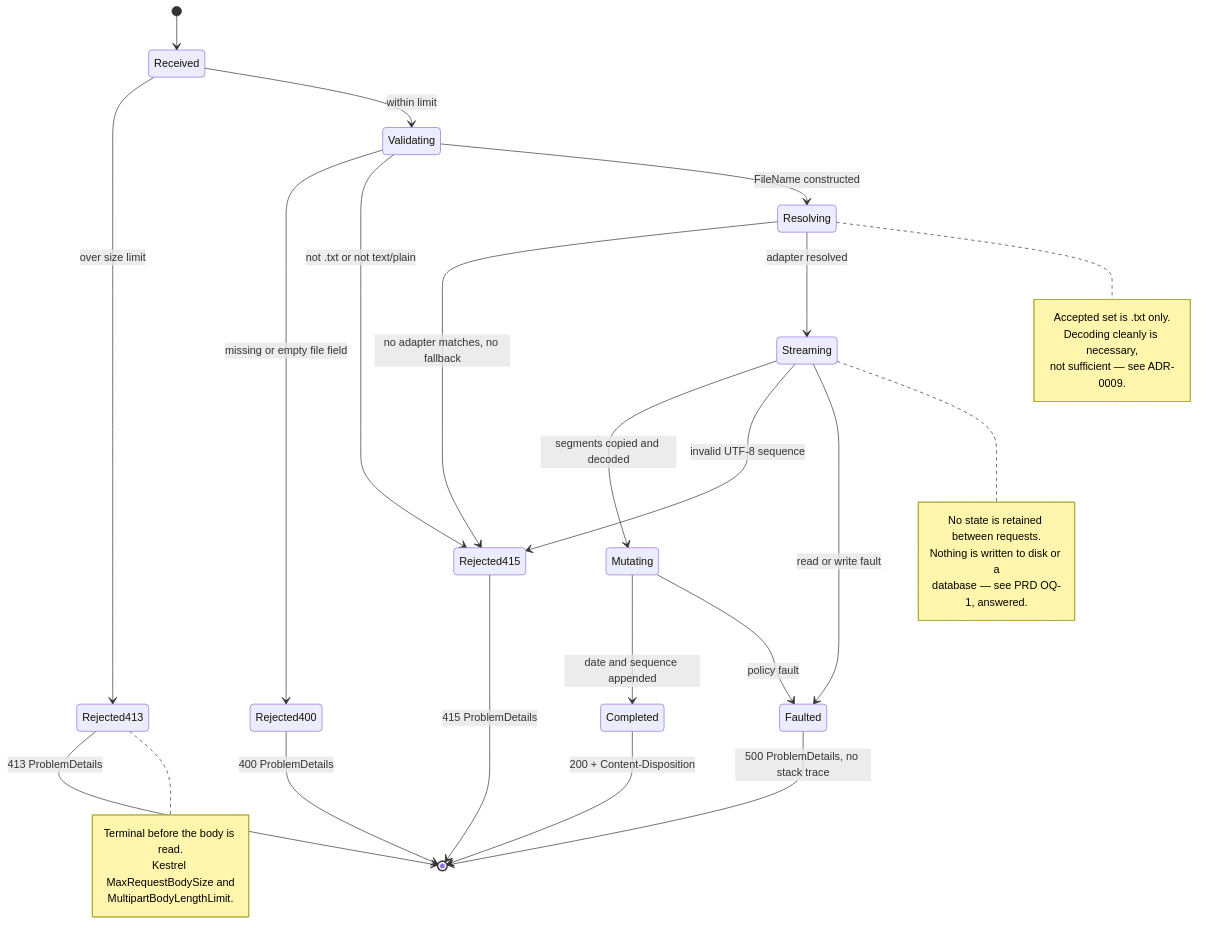
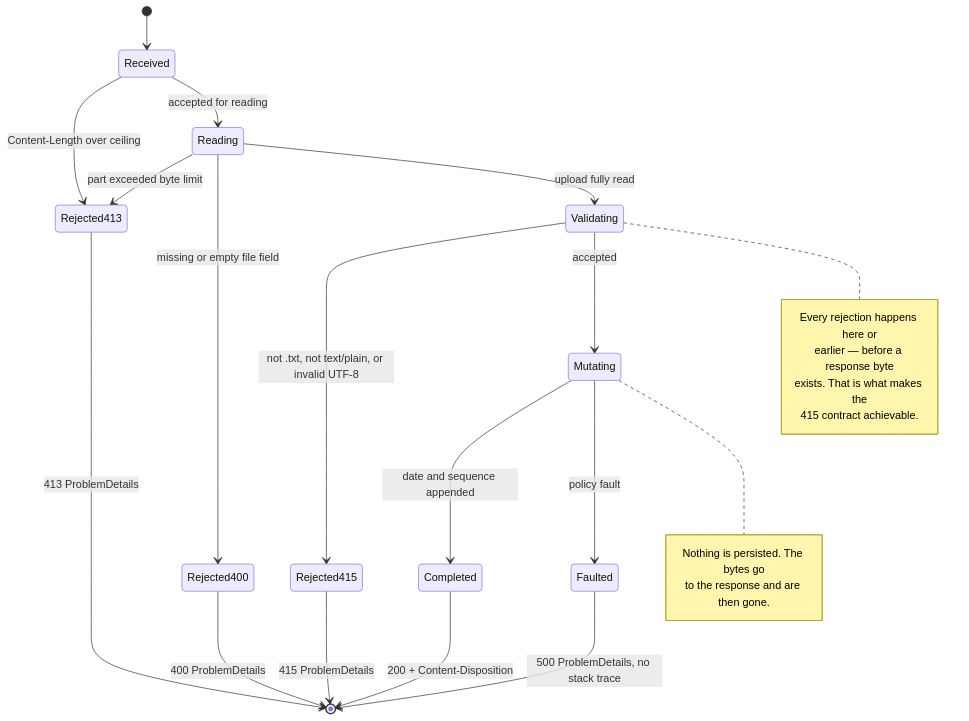
Before and after one commit to fabiantax/zero-allocation-fileupload: the third of 3 diagrams in docs/architecture.md, drawn with Mermaid. The commit also changed other lines of this file and 8 other files, not shown here.

````diff
--- a/docs/architecture.md
+++ b/docs/architecture.md
@@ -178,44 +143,35 @@
 ```mermaid
 stateDiagram-v2
     [*] --> Received
 
-    Received --> Rejected413: over size limit
-    Received --> Validating: within limit
+    Received --> Rejected413: Content-Length over ceiling
+    Received --> Reading: accepted for reading
 
-    Validating --> Rejected400: missing or empty file field
-    Validating --> Rejected415: not .txt or not text/plain
-    Validating --> Resolving: FileName constructed
+    Reading --> Rejected413: part exceeded byte limit
+    Reading --> Rejected400: missing or empty file field
+    Reading --> Validating: upload fully read
 
-    Resolving --> Rejected415: no adapter matches, no fallback
-    Resolving --> Streaming: adapter resolved
+    Validating --> Rejected415: not .txt, not text/plain, or invalid UTF-8
+    Validating --> Mutating: accepted
 
-    Streaming --> Mutating: segments copied and decoded
-    Streaming --> Rejected415: invalid UTF-8 sequence
-    Streaming --> Faulted: read or write fault
     Mutating --> Completed: date and sequence appended
     Mutating --> Faulted: policy fault
 
     Completed --> [*]: 200 + Content-Disposition
     Rejected400 --> [*]: 400 ProblemDetails
     Rejected413 --> [*]: 413 ProblemDetails
     Rejected415 --> [*]: 415 ProblemDetails
     Faulted --> [*]: 500 ProblemDetails, no stack trace
 
-    note right of Rejected413
-        Terminal before the body is read.
-        Kestrel MaxRequestBodySize and
-        MultipartBodyLengthLimit.
+    note right of Validating
+        Every rejection happens here or
+        earlier — before a response byte
+        exists. That is what makes the
+        415 contract achievable.
     end note
 
-    note right of Streaming
-        No state is retained between requests.
-        Nothing is written to disk or a
-        database — see PRD OQ-1, answered.
-    end note
-
-    note right of Resolving
-        Accepted set is .txt only.
-        Decoding cleanly is necessary,
-        not sufficient — see ADR-0009.
+    note right of Mutating
+        Nothing is persisted. The bytes go
+        to the response and are then gone.
     end note
 ```
````
